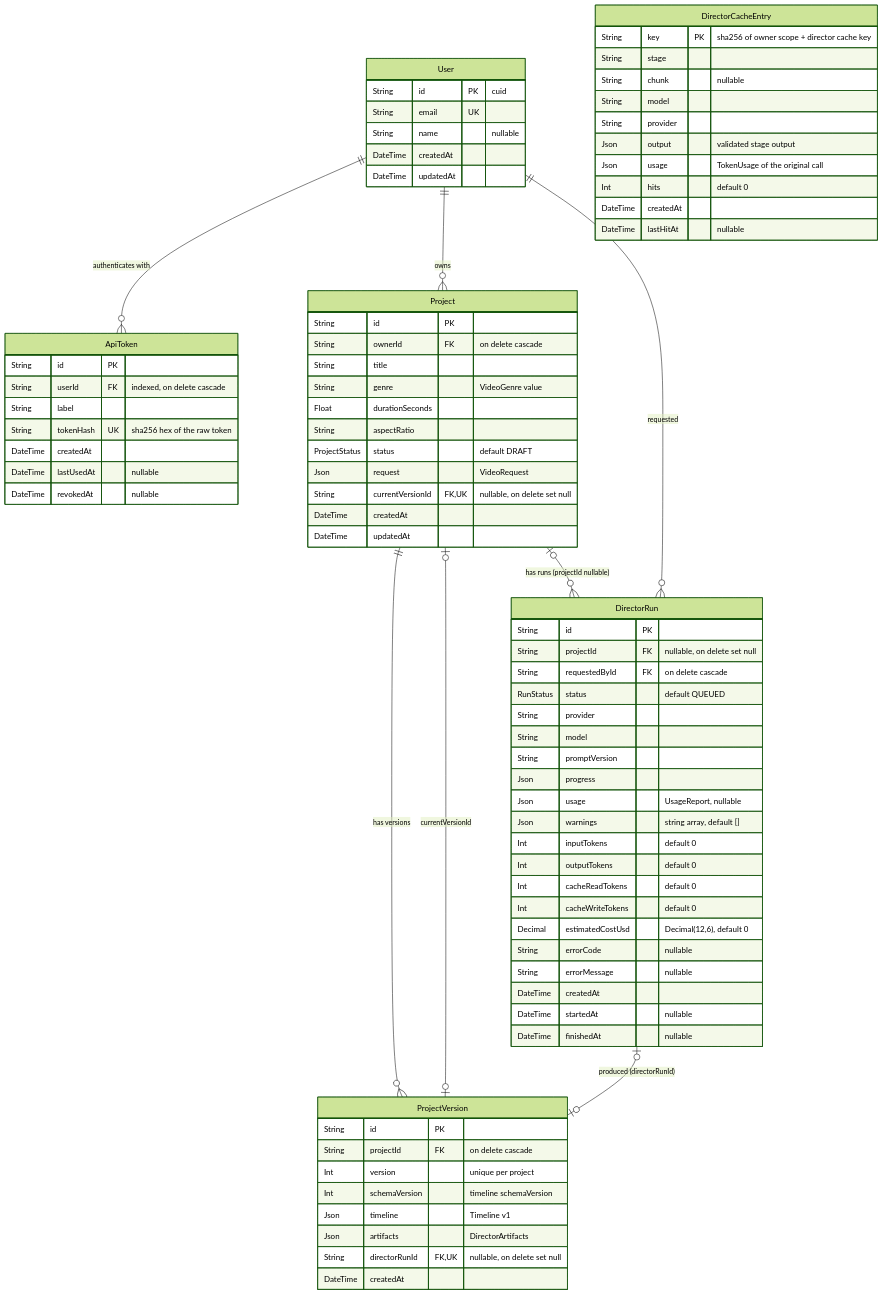
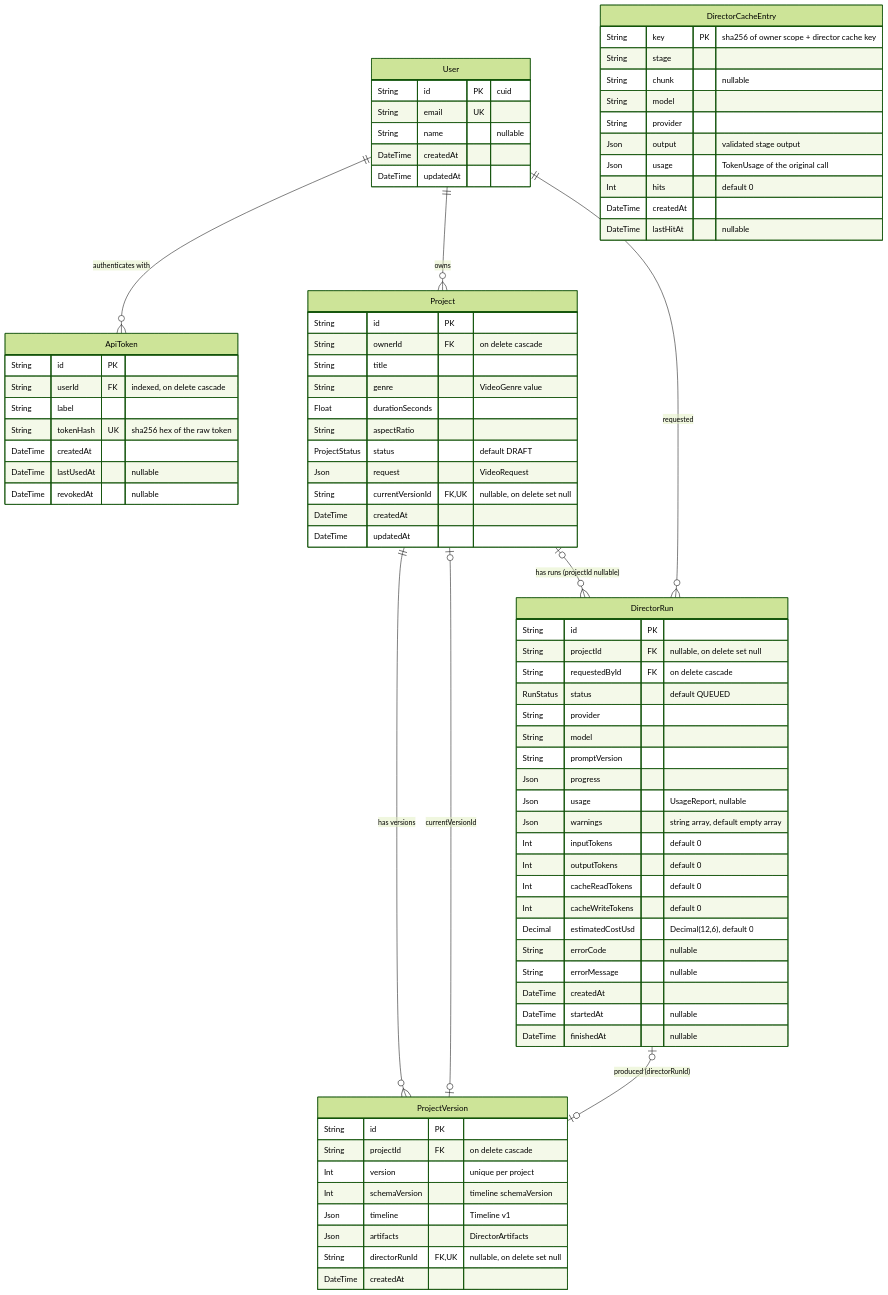
Before and after one commit to Gokulraj002/Video-Creation: the first of 4 diagrams in docs/DATABASE.md, drawn with Mermaid (forest theme). The commit also changed other lines of this file and 2 other files, not shown here.

```diff
--- a/docs/DATABASE.md
+++ b/docs/DATABASE.md
@@ -96,7 +96,7 @@
     String promptVersion
     Json progress
     Json usage "UsageReport, nullable"
-    Json warnings "string array, default []"
+    Json warnings "string array, default empty array"
     Int inputTokens "default 0"
     Int outputTokens "default 0"
     Int cacheReadTokens "default 0"
```
